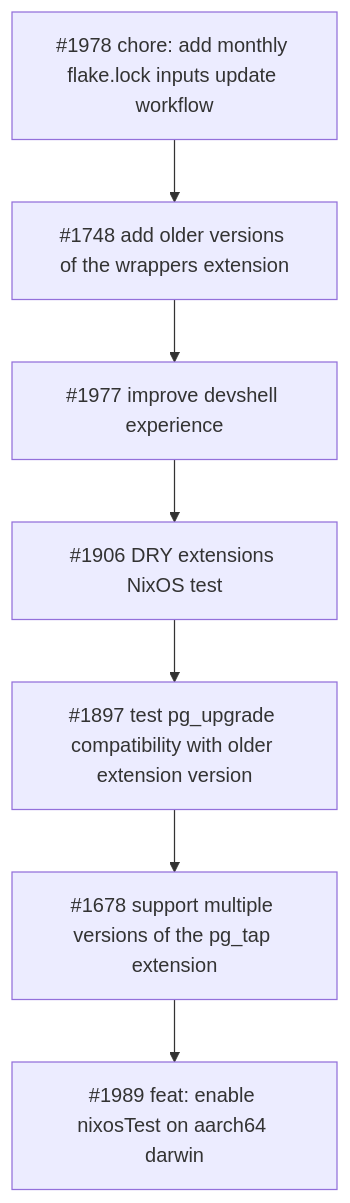
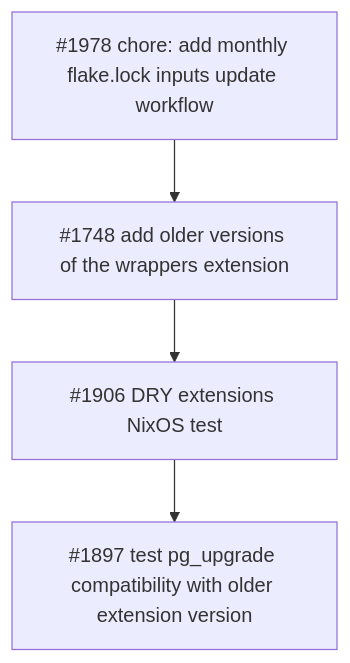
Before and after one commit to supabase/postgres: the second of 3 diagrams in nix/docs/ROADMAP.md, drawn with Mermaid. The commit also changed other lines of this file, not shown here.

First line of the commit message:
doc: remove merged and closed PRs from roadmap

````diff
--- a/nix/docs/ROADMAP.md
+++ b/nix/docs/ROADMAP.md
@@ -54,26 +49,20 @@
 ```mermaid
 graph TD
     %% nixpkgs update
 
     %% testing
     1906[#1906 DRY extensions NixOS test]
     1897[#1897 test pg_upgrade compatibility with older extension version]
-    1977[#1977 improve devshell experience]
     1978[#1978 chore: add monthly flake.lock inputs update workflow]
-    1989[#1989 feat: enable nixosTest on aarch64 darwin]
 
     click 1906 "https://github.com/supabase/postgres/pull/1906" "Open PR #1906"
     click 1897 "https://github.com/supabase/postgres/pull/1897" "Open PR #1897"
-    click 1977 "https://github.com/supabase/postgres/pull/1977" "Open PR #1877"
     click 1978 "https://github.com/supabase/postgres/pull/1978" "Open PR #1978"
-    click 1989 "https://github.com/supabase/postgres/pull/1989" "Open PR #1989"
 
     %% multi-versions
     1748[#1748 add older versions of the wrappers extension]
-    1678[#1678 support multiple versions of the pg_tap extension]
 
     click 1748 "https://github.com/supabase/postgres/pull/1748" "Open PR #1748"
-    click 1678 "https://github.com/supabase/postgres/pull/1678" "Open PR #1678"
 
-    1978 --> 1748 --> 1977 --> 1906 --> 1897 --> 1678 --> 1989
+    1978 --> 1748 --> 1906 --> 1897
 ```
````
